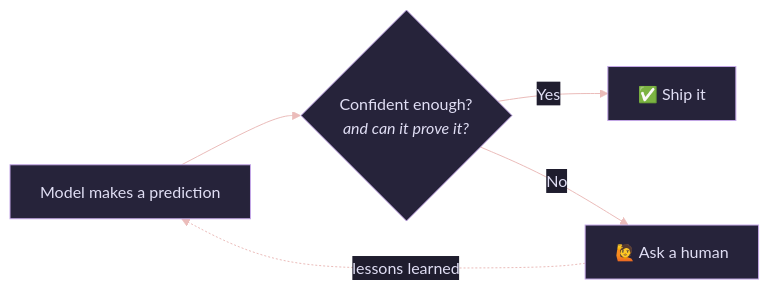
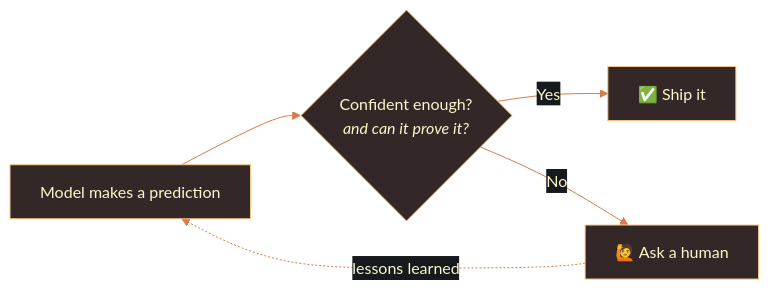
The diagram in README.md (vikassrini/vikassrini), drawn with Mermaid before and after one commit.

Commit message:
Change flowchart theme colors in README
Updated the theme variables in the flowchart for better visibility.

````diff
--- a/README.md
+++ b/README.md
@@ -26,8 +26,8 @@
 ```mermaid
-%%{init: {'theme':'base','themeVariables':{'primaryColor':'#26233a','primaryTextColor':'#e0def4','primaryBorderColor':'#c4a7e7','lineColor':'#ebbcba','secondaryColor':'#1f1d2e','tertiaryColor':'#191724','fontFamily':'Segoe UI, Helvetica, Arial, sans-serif'}}}%%
+%%{init: {'theme':'base','themeVariables':{'primaryColor':'#332827','primaryTextColor':'#fdf7cc','primaryBorderColor':'#f5c583','lineColor':'#d97b4a','secondaryColor':'#171a1d','tertiaryColor':'#171a1d','fontFamily':'Segoe UI, Helvetica, Arial, sans-serif'}}}%%
 flowchart LR
     A[Model makes a prediction] --> B{Confident enough?<br/><i>and can it prove it?</i>}
     B -- Yes --> C[✅ Ship it]
     B -- No --> D[🙋 Ask a human]
     D -. lessons learned .-> A
 ```
````
